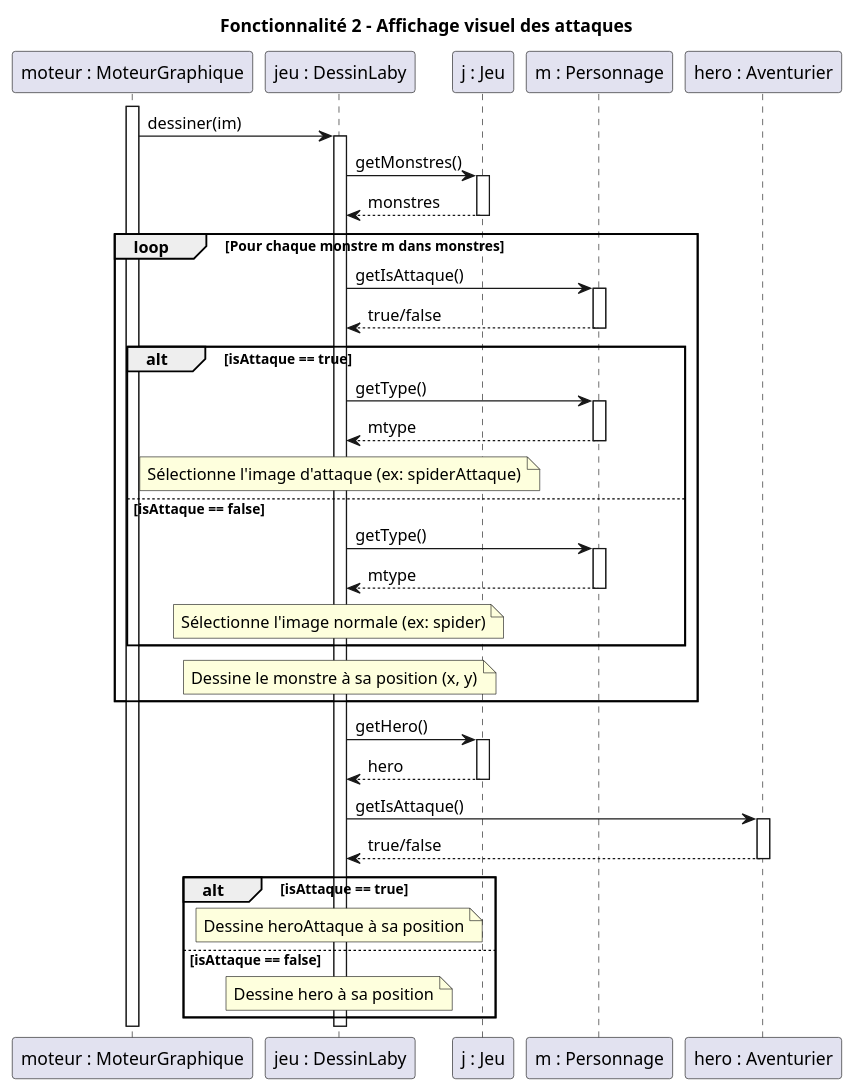
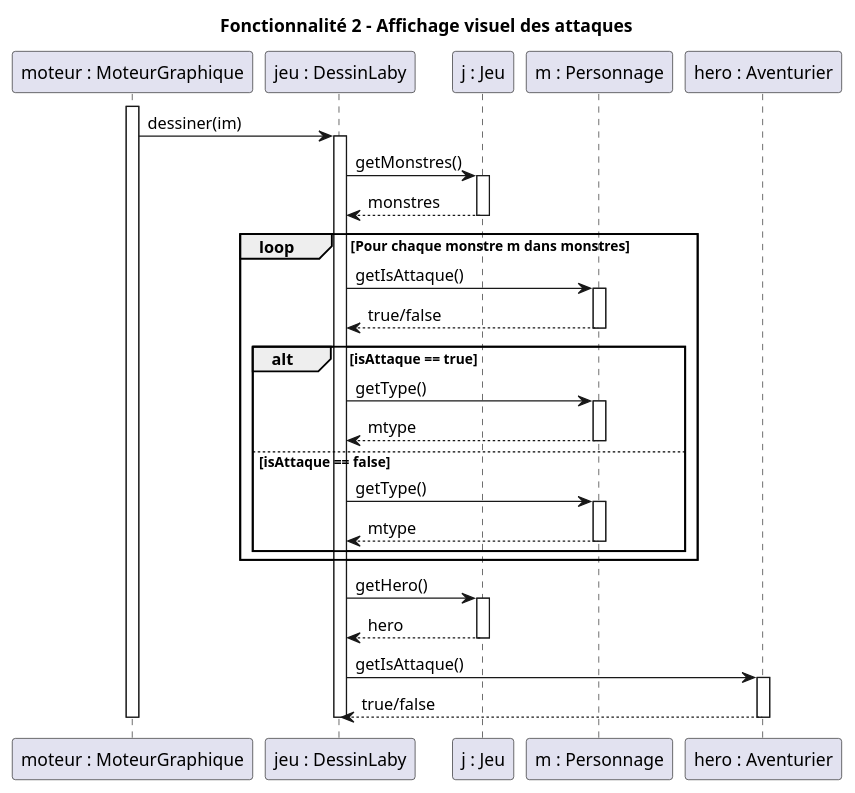
Before and after one commit to lucas-martinati-pro/SAE_S2.01_Zeldiablo-LucasM_JeanLM_PierreGSV: the diagram in documents/version_4/Diagrammes Séquence/Fonctionnalité 2.puml, drawn with PlantUML. The commit also changed 2 other files, not shown here.

```diff
--- a/documents/version_4/Diagrammes Séquence/Fonctionnalité 2.puml
+++ b/documents/version_4/Diagrammes Séquence/Fonctionnalité 2.puml
@@ -1,59 +1,50 @@
 @startuml
 title Fonctionnalité 2 - Affichage visuel des attaques
 
 participant "moteur : MoteurGraphique" as Moteur
 participant "jeu : DessinLaby" as Dessin
 participant "j : Jeu" as Jeu
 participant "m : Personnage" as Monstre
 participant "hero : Aventurier" as Hero
 
 activate Moteur
 Moteur -> Dessin : dessiner(im)
 activate Dessin
 
 Dessin -> Jeu : getMonstres()
 activate Jeu
 Jeu --> Dessin : monstres
 deactivate Jeu
 
 loop Pour chaque monstre m dans monstres
     Dessin -> Monstre : getIsAttaque()
     activate Monstre
     Monstre --> Dessin : true/false
     deactivate Monstre
-    
+
     alt isAttaque == true
         Dessin -> Monstre : getType()
         activate Monstre
         Monstre --> Dessin : mtype
         deactivate Monstre
-        note over Dessin: Sélectionne l'image d'attaque (ex: spiderAttaque)
     else isAttaque == false
         Dessin -> Monstre : getType()
         activate Monstre
         Monstre --> Dessin : mtype
         deactivate Monstre
-        note over Dessin: Sélectionne l'image normale (ex: spider)
     end
-    note over Dessin: Dessine le monstre à sa position (x, y)
 end
 
 Dessin -> Jeu : getHero()
 activate Jeu
 Jeu --> Dessin : hero
 deactivate Jeu
 
 Dessin -> Hero : getIsAttaque()
 activate Hero
 Hero --> Dessin : true/false
 deactivate Hero
 
-alt isAttaque == true
-    note over Dessin: Dessine heroAttaque à sa position
-else isAttaque == false
-    note over Dessin: Dessine hero à sa position
-end
-
 deactivate Dessin
 deactivate Moteur
 @enduml
```
